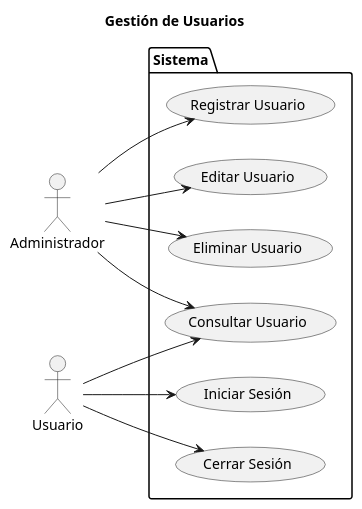
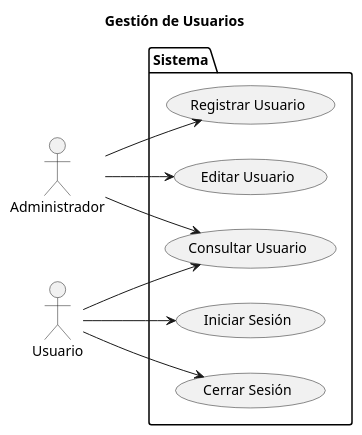
One commit to marcelolezcanodev/GarageGuru changed the diagram in Diagramas/caso_de_uso_Usuario.plantuml. Above: the diagram before and after it, drawn with PlantUML. The commit also changed 6 other files, not shown here.

```diff
--- a/Diagramas/caso_de_uso_Usuario.plantuml
+++ b/Diagramas/caso_de_uso_Usuario.plantuml
@@ -1,29 +1,27 @@
 @startuml usuario
 
 left to right direction
 
 title Gestión de Usuarios
 
 actor Administrador as Admin
 actor Usuario as User
 
 package Sistema {
 
     USECASE "Registrar Usuario" as UC_Registrar
-    USECASE "Editar Usuario" as UC_Editar
-    USECASE "Eliminar Usuario" as UC_Eliminar
+    USECASE "Editar Usuario" as UC_Actualizar
     USECASE "Consultar Usuario" as UC_Consultar
     USECASE "Iniciar Sesión" as UC_IniciarSesion
     USECASE "Cerrar Sesión" as UC_CerrarSesion
 
 }
 
 Admin --> UC_Registrar
-Admin --> UC_Editar
-Admin --> UC_Eliminar
+Admin --> UC_Actualizar
 Admin --> UC_Consultar
 User --> UC_IniciarSesion
 User --> UC_CerrarSesion
 User --> UC_Consultar
 
 @enduml
```
